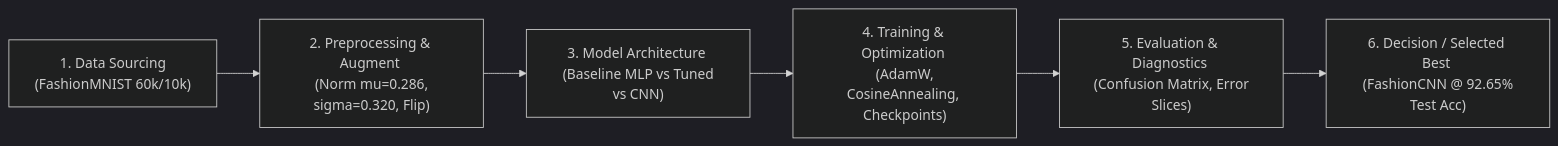
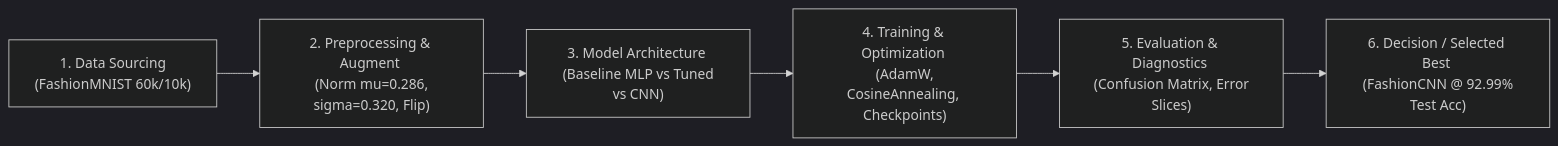
The diagram in labs/lab01/walkthrough_lab_01.md (lacthui06/Lab-DL), drawn with Mermaid (dark theme) before and after one commit. The commit also changed other lines of this file and 1 other file, not shown here.

````diff
--- a/labs/lab01/walkthrough_lab_01.md
+++ b/labs/lab01/walkthrough_lab_01.md
@@ -30,8 +30,8 @@
 ```mermaid
 graph LR
     A["1. Data Sourcing <br> (FashionMNIST 60k/10k)"] --> B["2. Preprocessing & Augment <br> (Norm mu=0.286, sigma=0.320, Flip)"]
     B --> C["3. Model Architecture <br> (Baseline MLP vs Tuned vs CNN)"]
     C --> D["4. Training & Optimization <br> (AdamW, CosineAnnealing, Checkpoints)"]
     D --> E["5. Evaluation & Diagnostics <br> (Confusion Matrix, Error Slices)"]
-    E --> F["6. Decision / Selected Best <br> (FashionCNN @ 92.65% Test Acc)"]
+    E --> F["6. Decision / Selected Best <br> (FashionCNN @ 92.99% Test Acc)"]
 ```
````
